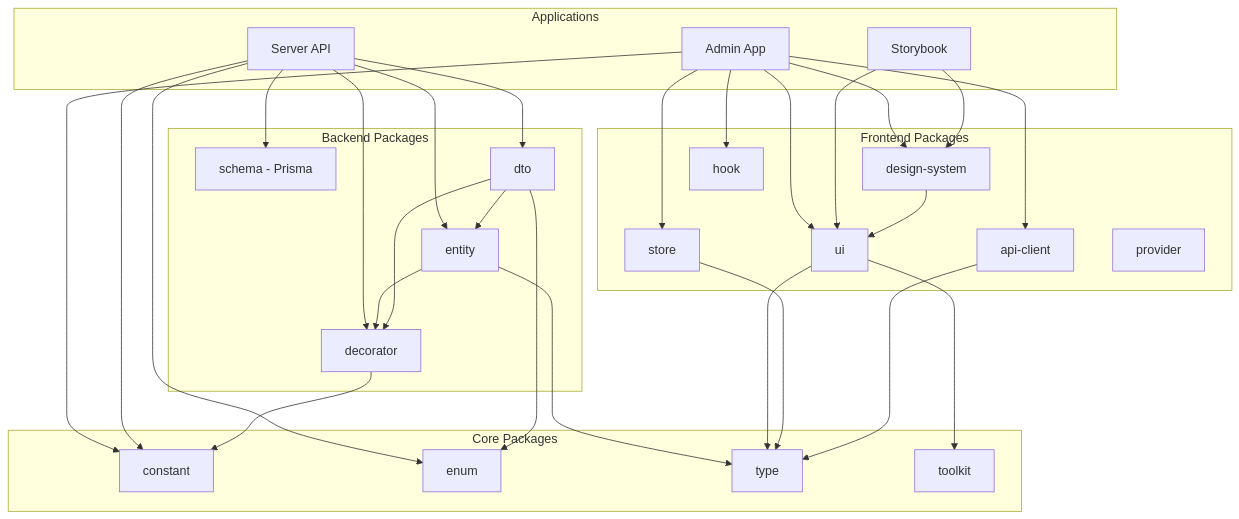
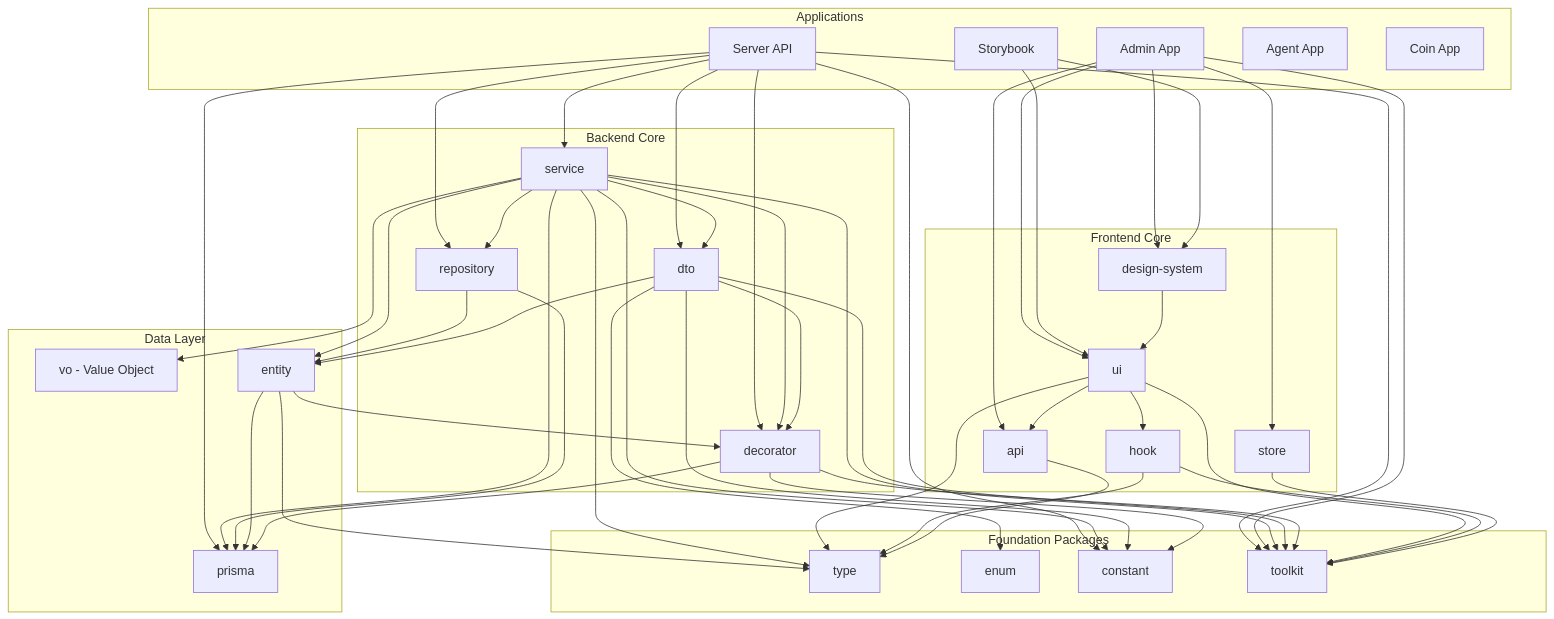
The diagram in README.md (kimjoongwon/prj-core), drawn with Mermaid before and after one commit. The commit also changed other lines of this file and 343 other files, not shown here.

````diff
--- a/README.md
+++ b/README.md
@@ -188,60 +206,96 @@
         Admin[Admin App]
         Server[Server API]
         Storybook[Storybook]
+        Agent[Agent App]
+        Coin[Coin App]
     end
 
-    subgraph "Core Packages"
+    subgraph "Foundation Packages"
+        Type[type]
+        Enum[enum]
         Constant[constant]
-        Enum[enum]
-        Type[type]
         Toolkit[toolkit]
     end
 
-    subgraph "Backend Packages"
-        Schema[schema - Prisma]
-        Decorator[decorator]
+    subgraph "Data Layer"
+        Prisma[prisma]
+        VO[vo - Value Object]
         Entity[entity]
-        DTO[dto]
     end
 
-    subgraph "Frontend Packages"
+    subgraph "Backend Core"
+        Decorator[decorator]
+        DTO[dto]
+        Repository[repository]
+        Service[service]
+    end
+
+    subgraph "Frontend Core"
         DesignSystem[design-system]
         UI[ui]
+        Hook[hook]
         Store[store]
-        Hook[hook]
-        ApiClient[api-client]
-        Provider[provider]
+        ApiClient[api]
     end
 
     %% Application Dependencies
+    Server --> Service
+    Server --> Repository
+    Server --> DTO
+    Server --> Decorator
+    Server --> Prisma
+    Server --> Constant
+    Server --> Toolkit
+
     Admin --> ApiClient
     Admin --> UI
     Admin --> Store
     Admin --> DesignSystem
-    Admin --> Hook
-    Admin --> Constant
-
-    Server --> Schema
-    Server --> DTO
-    Server --> Entity
-    Server --> Decorator
-    Server --> Enum
-    Server --> Constant
+    Admin --> Toolkit
 
     Storybook --> UI
     Storybook --> DesignSystem
 
-    %% Package Dependencies
-    Decorator --> Constant
-    Entity --> Decorator
-    Entity --> Type
+    %% Backend Package Dependencies
+    Service --> Repository
+    Service --> DTO
+    Service --> Entity
+    Service --> VO
+    Service --> Decorator
+    Service --> Prisma
+    Service --> Type
+    Service --> Constant
+    Service --> Toolkit
+
+    Repository --> Prisma
+    Repository --> Entity
+
     DTO --> Entity
     DTO --> Decorator
     DTO --> Enum
+    DTO --> Constant
+    DTO --> Toolkit
 
+    Entity --> Prisma
+    Entity --> Decorator
+    Entity --> Type
+
+    Decorator --> Prisma
+    Decorator --> Constant
+    Decorator --> Toolkit
+
+    %% Frontend Package Dependencies
+    UI --> Hook
+    UI --> Type
     UI --> Toolkit
-    UI --> Type
-    Store --> Type
+    UI --> ApiClient
+
+    Hook --> Type
+    Hook --> Toolkit
+
+    Store --> Toolkit
+
     ApiClient --> Type
+
     DesignSystem --> UI
 ```
````
